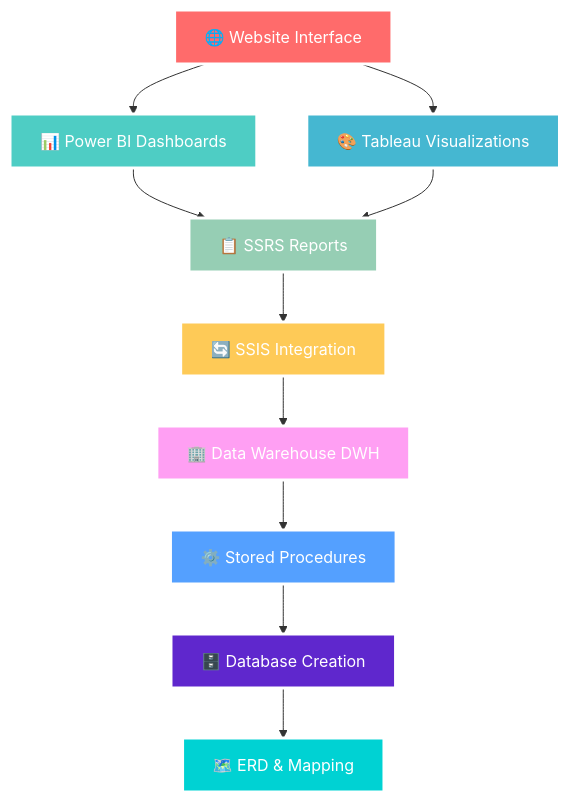
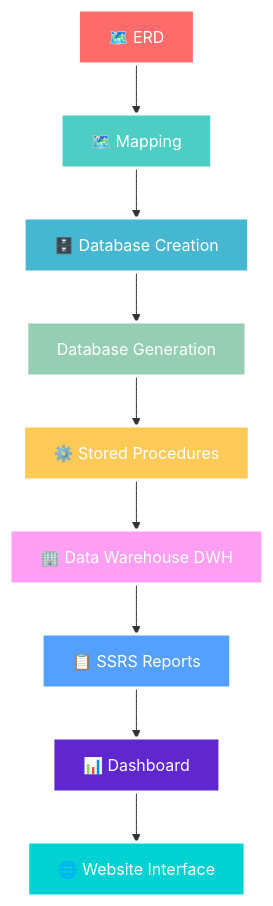
The diagram in README.md (ZiadSharaf/ITI-Examination-System), drawn with Mermaid before and after one commit.

````diff
--- a/README.md
+++ b/README.md
@@ -70,22 +70,21 @@
 ```mermaid
 graph TB
-    A[🌐 Website Interface] --> B[📊 Power BI Dashboards]
-    A --> C[🎨 Tableau Visualizations]
-    B --> D[📋 SSRS Reports]
-    C --> D
-    D --> E[🔄 SSIS Integration]
+    A[🗺️ ERD] --> B[🗺️ Mapping]
+    B --> C[🗄️ Database Creation]
+    C --> D[Database Generation]
+    D --> E[⚙️ Stored Procedures]
     E --> F[🏢 Data Warehouse DWH]
-    F --> G[⚙️ Stored Procedures]
-    G --> H[🗄️ Database Creation]
-    H --> I[🗺️ ERD & Mapping]
+    F --> G[📋 SSRS Reports]
+    G --> H[📊 Dashboard]
+    H --> I[🌐 Website Interface]
     
     style A fill:#ff6b6b,stroke:#fff,stroke-width:3px,color:#fff
     style B fill:#4ecdc4,stroke:#fff,stroke-width:3px,color:#fff
     style C fill:#45b7d1,stroke:#fff,stroke-width:3px,color:#fff
     style D fill:#96ceb4,stroke:#fff,stroke-width:3px,color:#fff
     style E fill:#feca57,stroke:#fff,stroke-width:3px,color:#fff
     style F fill:#ff9ff3,stroke:#fff,stroke-width:3px,color:#fff
     style G fill:#54a0ff,stroke:#fff,stroke-width:3px,color:#fff
     style H fill:#5f27cd,stroke:#fff,stroke-width:3px,color:#fff
     style I fill:#00d2d3,stroke:#fff,stroke-width:3px,color:#fff
 ```
````
